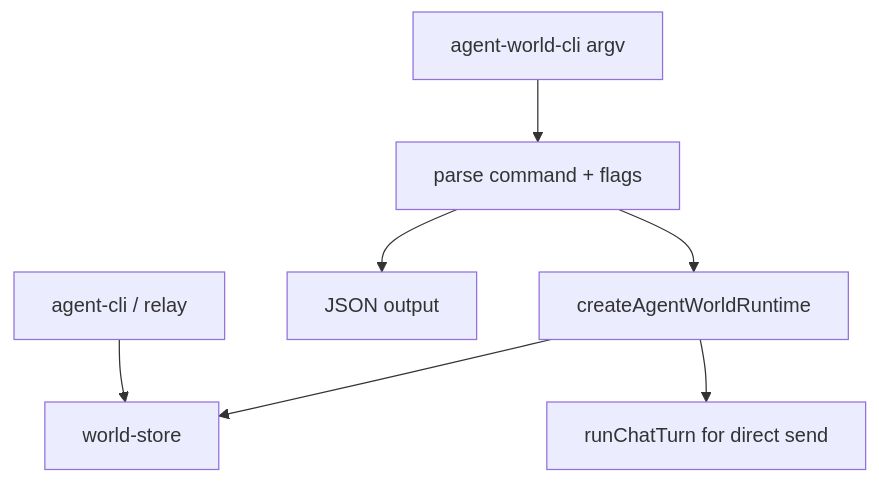
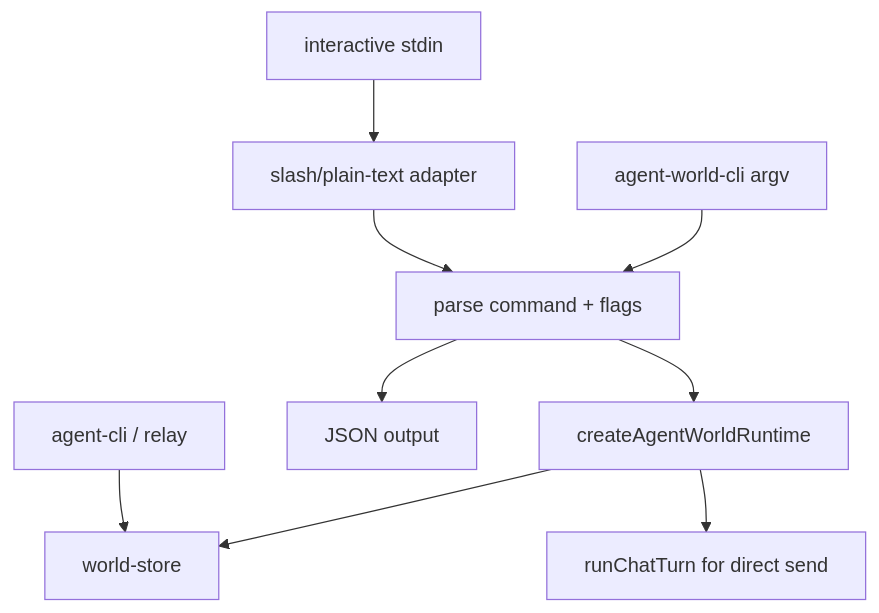
Before and after one commit to yysun/agent-cli: the diagram in .docs/plans/2026/05/23/plan-agent-world-cli-store-rename.md, drawn with Mermaid. The commit also changed other lines of this file and 7 other files, not shown here.

````diff
--- a/.docs/plans/2026/05/23/plan-agent-world-cli-store-rename.md
+++ b/.docs/plans/2026/05/23/plan-agent-world-cli-store-rename.md
@@ -9,9 +9,11 @@
 ```mermaid
 flowchart TD
   A["agent-world-cli argv"] --> B["parse command + flags"]
   B --> C["createAgentWorldRuntime"]
   C --> D["world-store"]
   C --> E["runChatTurn for direct send"]
   B --> F["JSON output"]
+  H["interactive stdin"] --> I["slash/plain-text adapter"]
+  I --> B
   G["agent-cli / relay"] --> D
 ```
````
